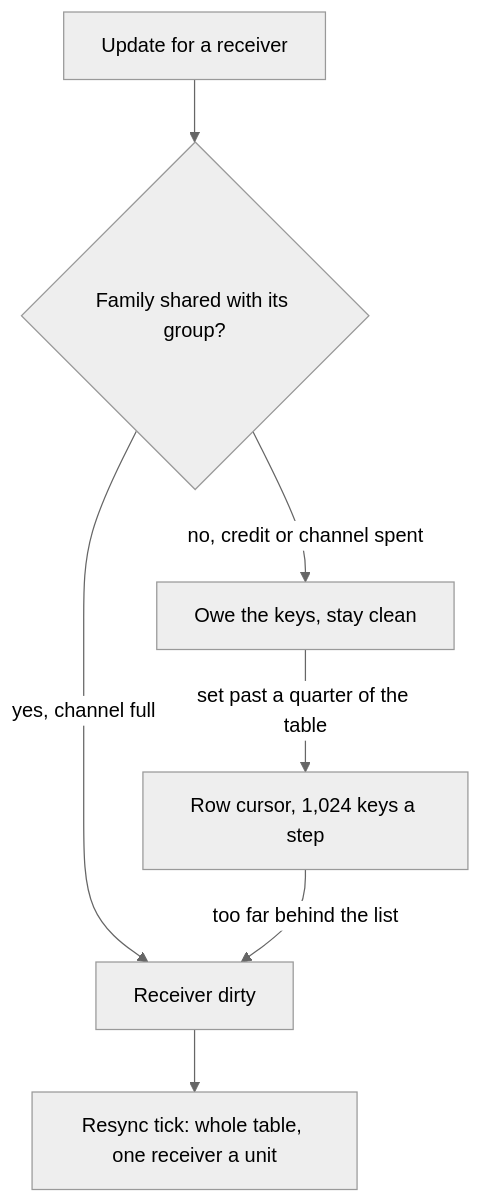
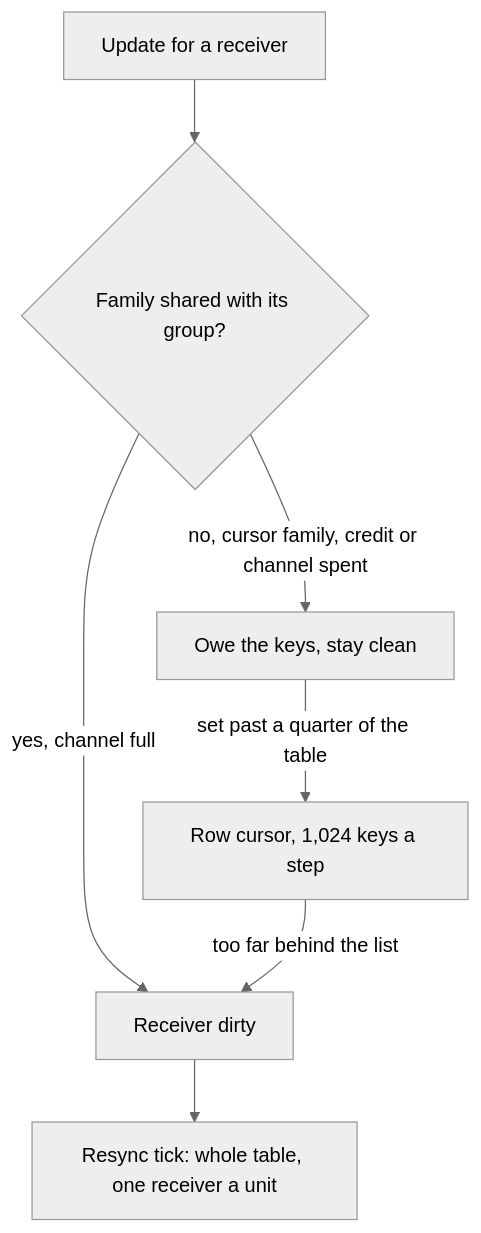
The fourth of 5 diagrams in docs/reference/rib-lifecycle.md (lance0/rustbgpd), drawn with Mermaid (neutral theme) before and after one commit. The commit also changed other lines of this file and 1 other file, not shown here.

````diff
--- a/docs/reference/rib-lifecycle.md
+++ b/docs/reference/rib-lifecycle.md
@@ -475,9 +484,9 @@
 ```mermaid
 flowchart TD
     A["Update for a receiver"] --> B{"Family shared with its group?"}
     B -->|"yes, channel full"| D["Receiver dirty"]
-    B -->|"no, credit or channel spent"| F["Owe the keys, stay clean"]
+    B -->|"no, cursor family, credit or channel spent"| F["Owe the keys, stay clean"]
     F -->|"set past a quarter of the table"| G["Row cursor, 1,024 keys a step"]
     G -->|"too far behind the list"| D
     D --> H["Resync tick: whole table, one receiver a unit"]
 ```
````
